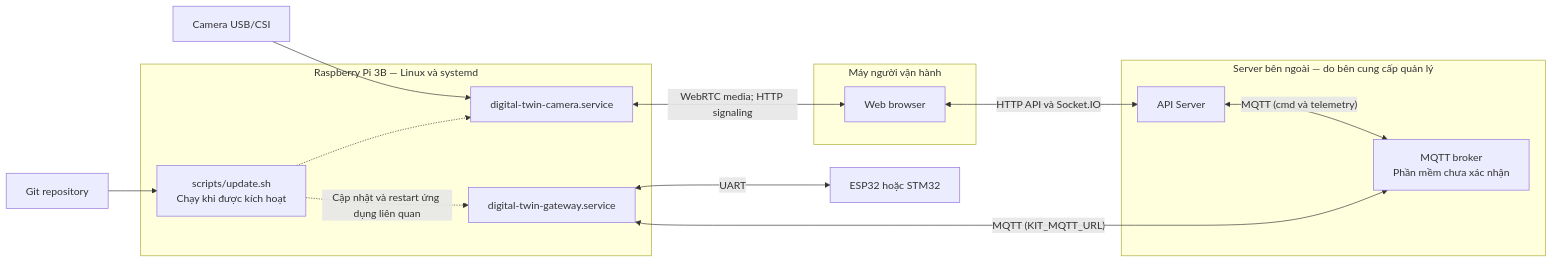
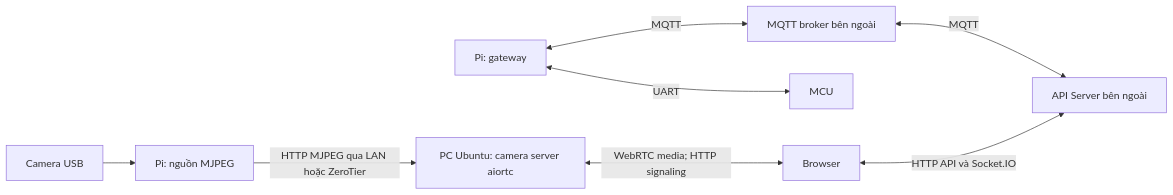
The diagram in docs/deployment.md (dugati201-glitch/digital_twin), drawn with Mermaid before and after one commit. The commit also changed other lines of this file and 23 other files, not shown here.

Commit message:
Split camera pipeline into Pi MJPEG and PC WebRTC

````diff
--- a/docs/deployment.md
+++ b/docs/deployment.md
@@ -5,28 +5,10 @@
 ```mermaid
 flowchart LR
-    subgraph client["Máy người vận hành"]
-        browser["Web browser"]
-    end
-    subgraph pi["Raspberry Pi 3B — Linux và systemd"]
-        gateway["digital-twin-gateway.service"]
-        camera["digital-twin-camera.service"]
-        update["scripts/update.sh
-Chạy khi được kích hoạt"]
-    end
-    subgraph server["Server bên ngoài — do bên cung cấp quản lý"]
-        api["API Server"]
-        broker["MQTT broker<br/>Phần mềm chưa xác nhận"]
-    end
-    mcu["ESP32 hoặc STM32"]
-    cam["Camera USB/CSI"]
-    git["Git repository"]
+    cam["Camera USB"] --> capture["Pi: nguồn MJPEG"]
+    capture -->|"HTTP MJPEG qua LAN hoặc ZeroTier"| pc["PC Ubuntu: camera server aiortc"]
+    pc <-->|"WebRTC media; HTTP signaling"| browser["Browser"]
+    gateway["Pi: gateway"] <-->|"UART"| mcu["MCU"]
+    gateway <-->|"MQTT"| broker["MQTT broker bên ngoài"]
+    broker <-->|"MQTT"| api["API Server bên ngoài"]
     browser <-->|"HTTP API và Socket.IO"| api
-    api <-->|"MQTT (cmd và telemetry)"| broker
-    camera <-->|"WebRTC media; HTTP signaling"| browser
-    gateway <-->|"MQTT (KIT_MQTT_URL)"| broker
-    gateway <-->|"UART"| mcu
-    cam --> camera
-    git --> update
-    update -.->|"Cập nhật và restart ứng dụng liên quan"| gateway
-    update -.-> camera
 ```
````
